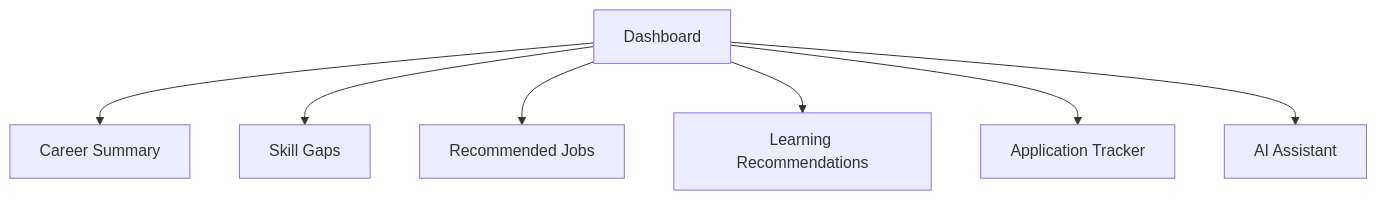
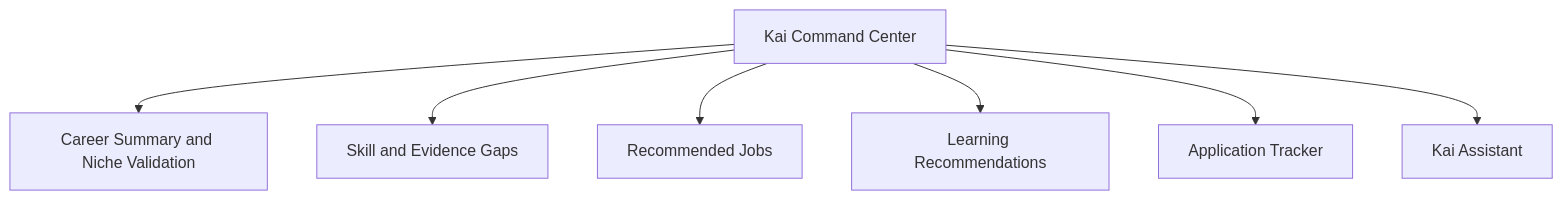
The second of 6 diagrams in docs/MVP_USER_JOURNEYS.md (Mirzzie/Fadi), drawn with Mermaid before and after one commit. The commit also changed other lines of this file and 65 other files, not shown here.

First line of the commit message:
docs: update architecture docs for Better Auth, Kai, and data sources

````diff
--- a/docs/MVP_USER_JOURNEYS.md
+++ b/docs/MVP_USER_JOURNEYS.md
@@ -46,9 +51,9 @@
 ```mermaid
 flowchart TD
-    Dashboard[Dashboard] --> Summary[Career Summary]
-    Dashboard --> Gaps[Skill Gaps]
+    Dashboard[Kai Command Center] --> Summary[Career Summary and Niche Validation]
+    Dashboard --> Gaps[Skill and Evidence Gaps]
     Dashboard --> Jobs[Recommended Jobs]
     Dashboard --> Learning[Learning Recommendations]
     Dashboard --> Apps[Application Tracker]
-    Dashboard --> Assistant[AI Assistant]
+    Dashboard --> Assistant[Kai Assistant]
 ```
````
